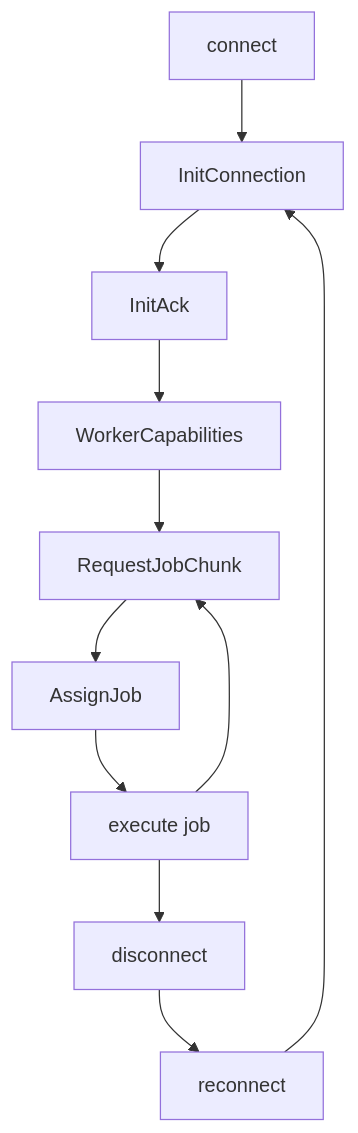
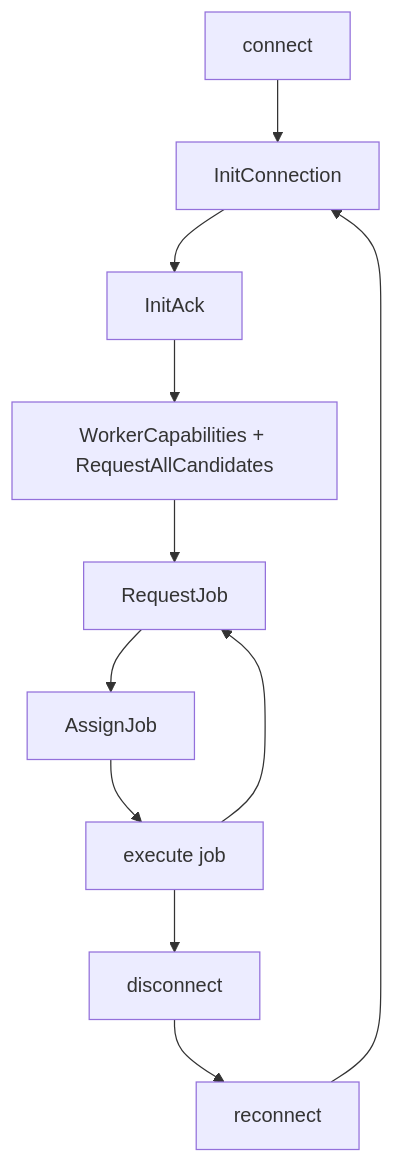
One commit to wavelens/gradient changed diagram 22 of 24 in docs/src/development/proto.md. Above: the diagram before and after it, drawn with Mermaid. The commit also changed other lines of this file and 11 other files, not shown here.

````diff
--- a/docs/src/development/proto.md
+++ b/docs/src/development/proto.md
@@ -1145,13 +1147,13 @@
 ```mermaid
 graph TD
     A[connect] --> B[InitConnection]
     B --> C[InitAck]
-    C --> D[WorkerCapabilities]
-    D --> E[RequestJobChunk]
+    C --> D[WorkerCapabilities + RequestAllCandidates]
+    D --> E[RequestJob]
     E --> F[AssignJob]
     F --> G[execute job]
     G --> E
     G --> H[disconnect]
     H --> I[reconnect]
     I --> B
 ```
````
